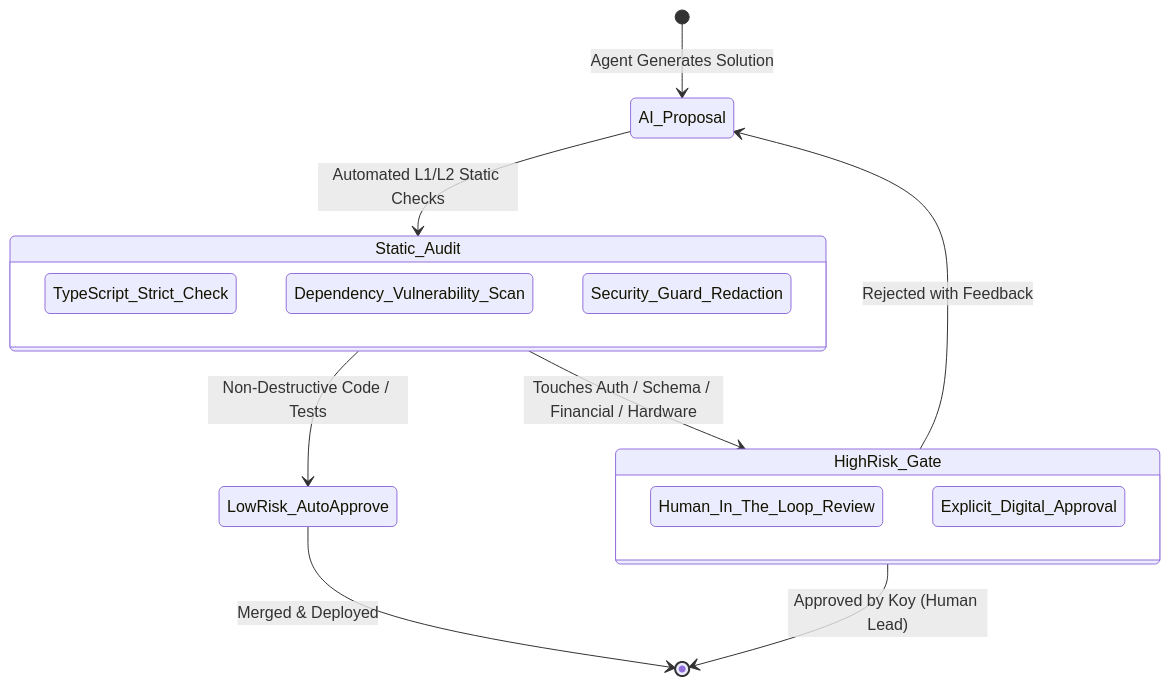
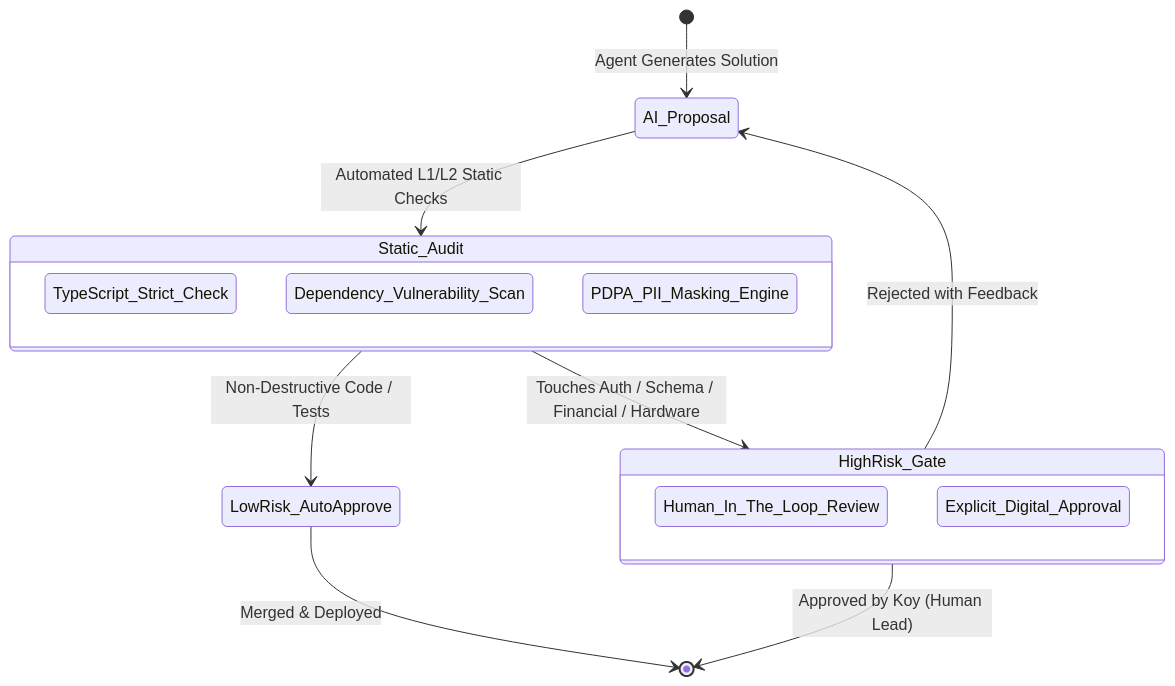
Before and after one commit to napaporn-s/lockgo-platform: the third of 4 diagrams in docs/06_AI_AGENT_MCP_AND_GOVERNANCE.md, drawn with Mermaid. The commit also changed other lines of this file and 12 other files, not shown here.

Commit message:
fix(compliance/architecture): สร้าง Real PII Masking Engine, เพิ่ม Topic 19 Tools Matrix, Playbook 7 Silent Drop และ AI Code Review Artifact (Topic 21)

````diff
--- a/docs/06_AI_AGENT_MCP_AND_GOVERNANCE.md
+++ b/docs/06_AI_AGENT_MCP_AND_GOVERNANCE.md
@@ -98,23 +137,23 @@
 ```mermaid
 stateDiagram-v2
     [*] --> AI_Proposal: Agent Generates Solution
     AI_Proposal --> Static_Audit: Automated L1/L2 Static Checks
     
     state Static_Audit {
         TypeScript_Strict_Check
         Dependency_Vulnerability_Scan
-        Security_Guard_Redaction
+        PDPA_PII_Masking_Engine
     }
 
     Static_Audit --> LowRisk_AutoApprove: Non-Destructive Code / Tests
     Static_Audit --> HighRisk_Gate: Touches Auth / Schema / Financial / Hardware
 
     state HighRisk_Gate {
         Human_In_The_Loop_Review
         Explicit_Digital_Approval
     }
 
     LowRisk_AutoApprove --> [*]: Merged & Deployed
     HighRisk_Gate --> [*]: Approved by Koy (Human Lead)
     HighRisk_Gate --> AI_Proposal: Rejected with Feedback
 ```
````
